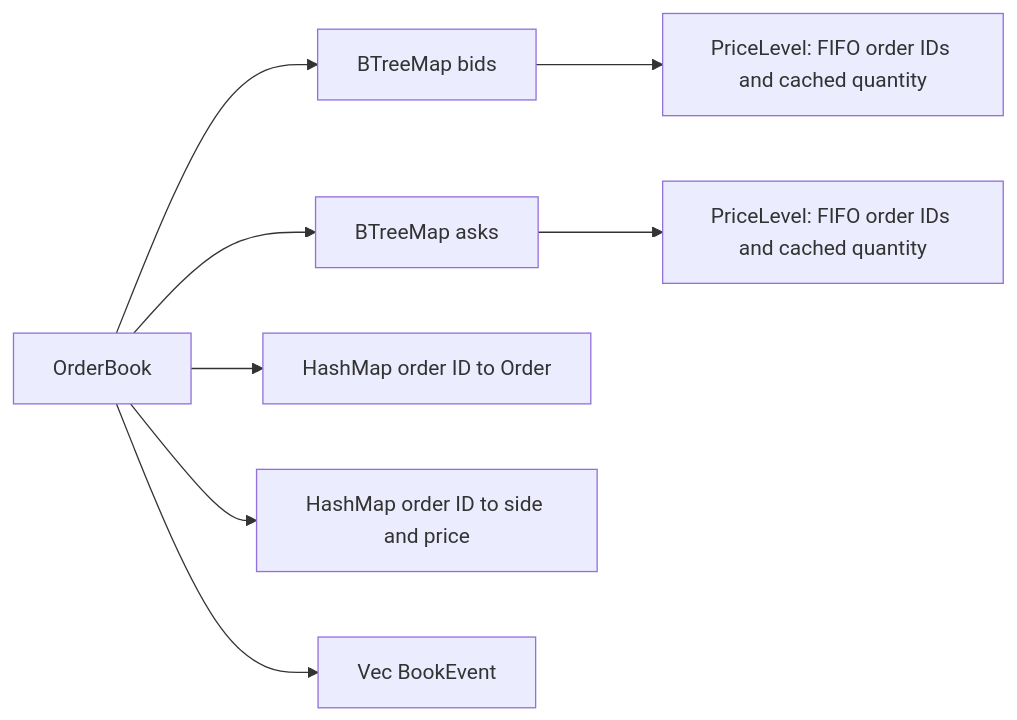
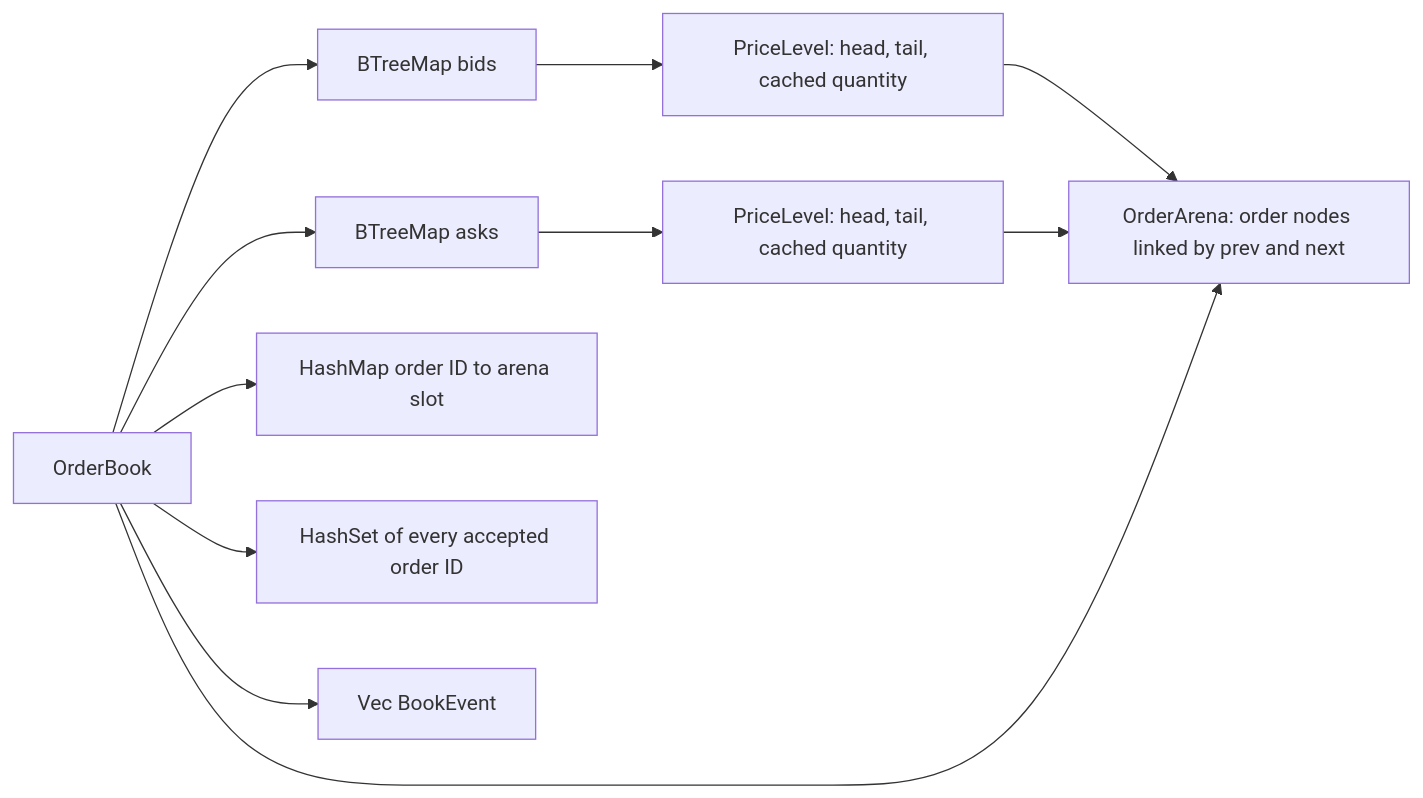
The eighth of 11 diagrams in docs/CURRENT_ARCHITECTURE_FLOWCHARTS.md (kunal171/hft-limit-order-book), drawn with Mermaid before and after one commit. The commit also changed other lines of this file and 4 other files, not shown here.

Commit message:
docs: update README and architecture documents to reflect arena-based order storage and single-use order IDs

````diff
--- a/docs/CURRENT_ARCHITECTURE_FLOWCHARTS.md
+++ b/docs/CURRENT_ARCHITECTURE_FLOWCHARTS.md
@@ -241,10 +241,13 @@
 ```mermaid
 flowchart LR
     OrderBook --> Bids[BTreeMap bids]
     OrderBook --> Asks[BTreeMap asks]
-    Bids --> BidLevels[PriceLevel: FIFO order IDs and cached quantity]
-    Asks --> AskLevels[PriceLevel: FIFO order IDs and cached quantity]
-    OrderBook --> Orders[HashMap order ID to Order]
-    OrderBook --> Locations[HashMap order ID to side and price]
+    Bids --> BidLevels[PriceLevel: head, tail, cached quantity]
+    Asks --> AskLevels[PriceLevel: head, tail, cached quantity]
+    BidLevels --> Arena[OrderArena: order nodes linked by prev and next]
+    AskLevels --> Arena
+    OrderBook --> Arena
+    OrderBook --> Slots[HashMap order ID to arena slot]
+    OrderBook --> Seen[HashSet of every accepted order ID]
     OrderBook --> Events[Vec BookEvent]
 ```
````
